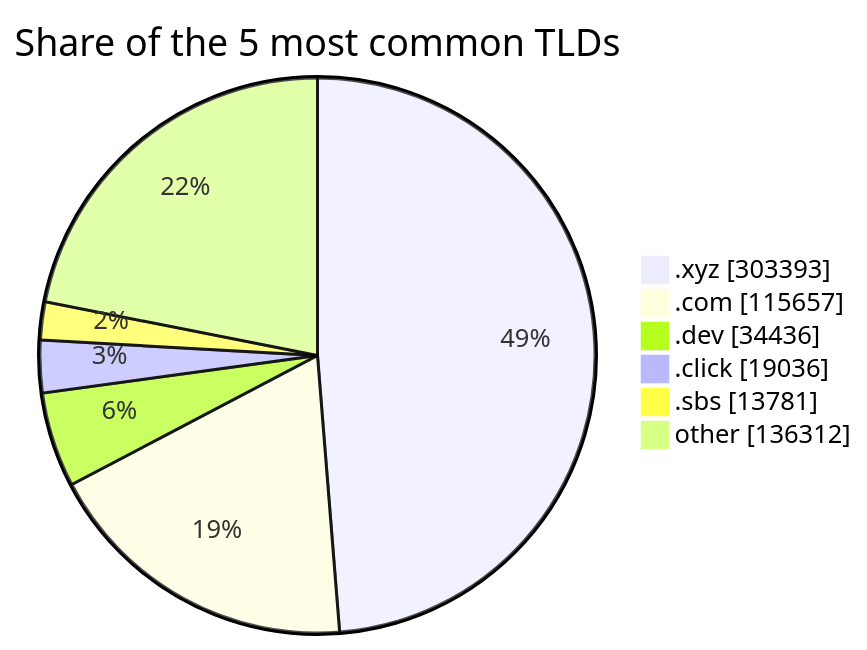
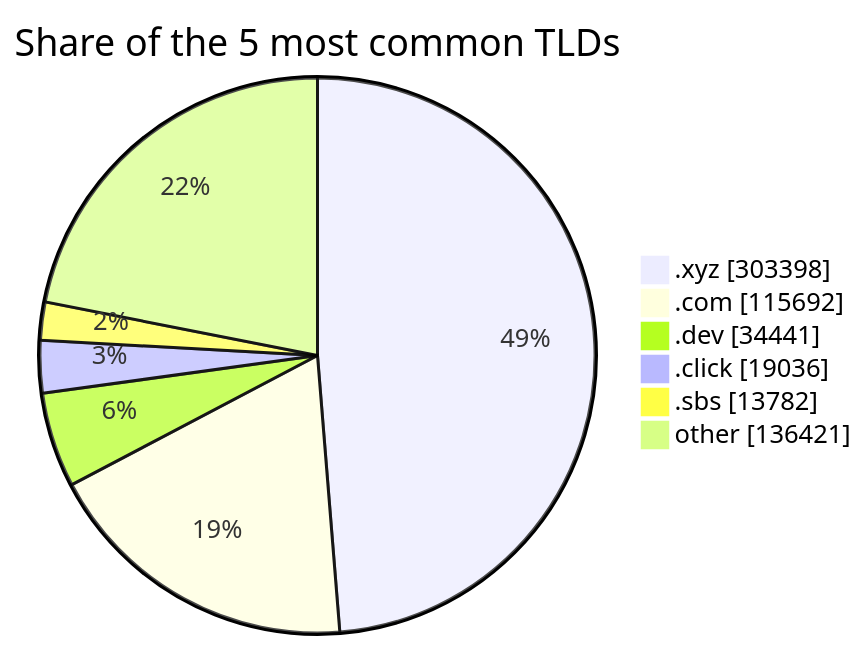
Before and after one commit to DNSBunker/CTI: the third of 3 diagrams in README.md, drawn with Mermaid. The commit also changed other lines of this file and 3 other files, not shown here.

````diff
--- a/README.md
+++ b/README.md
@@ -81,9 +81,9 @@
 ```mermaid
 pie showData title Share of the 5 most common TLDs
-    ".xyz" : 303393
-    ".com" : 115657
-    ".dev" : 34436
+    ".xyz" : 303398
+    ".com" : 115692
+    ".dev" : 34441
     ".click" : 19036
-    ".sbs" : 13781
-    "other" : 136312
+    ".sbs" : 13782
+    "other" : 136421
 ```
````
